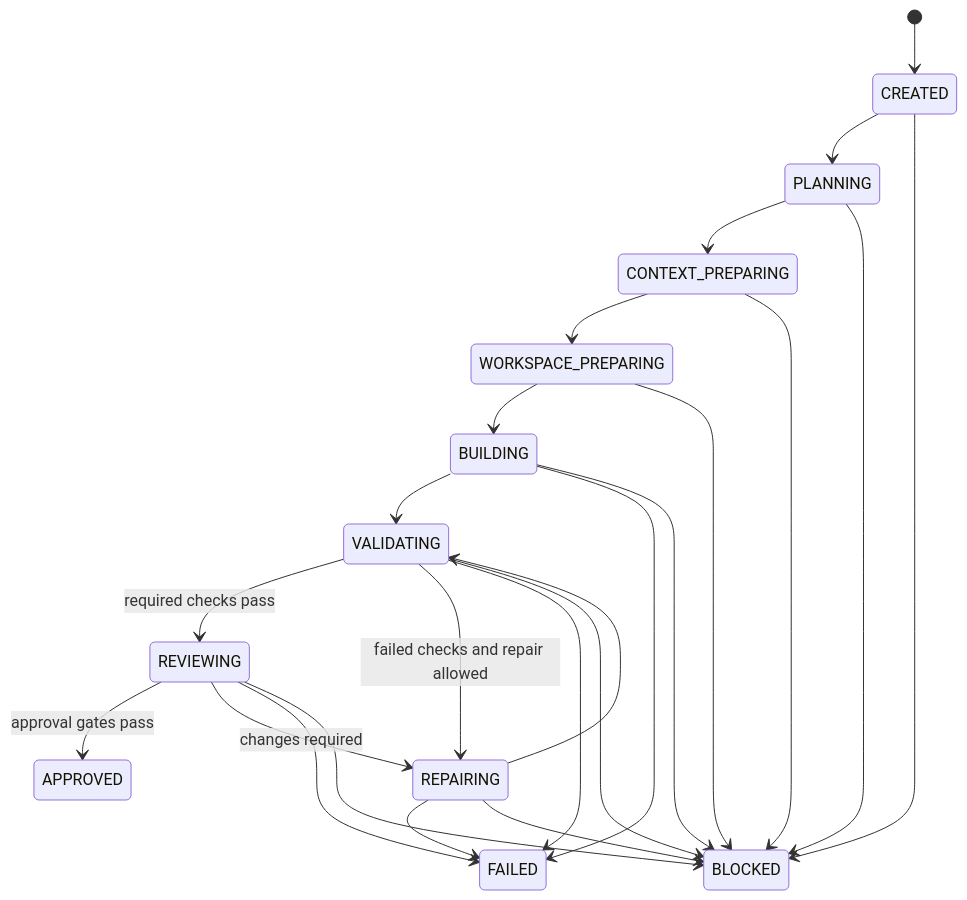
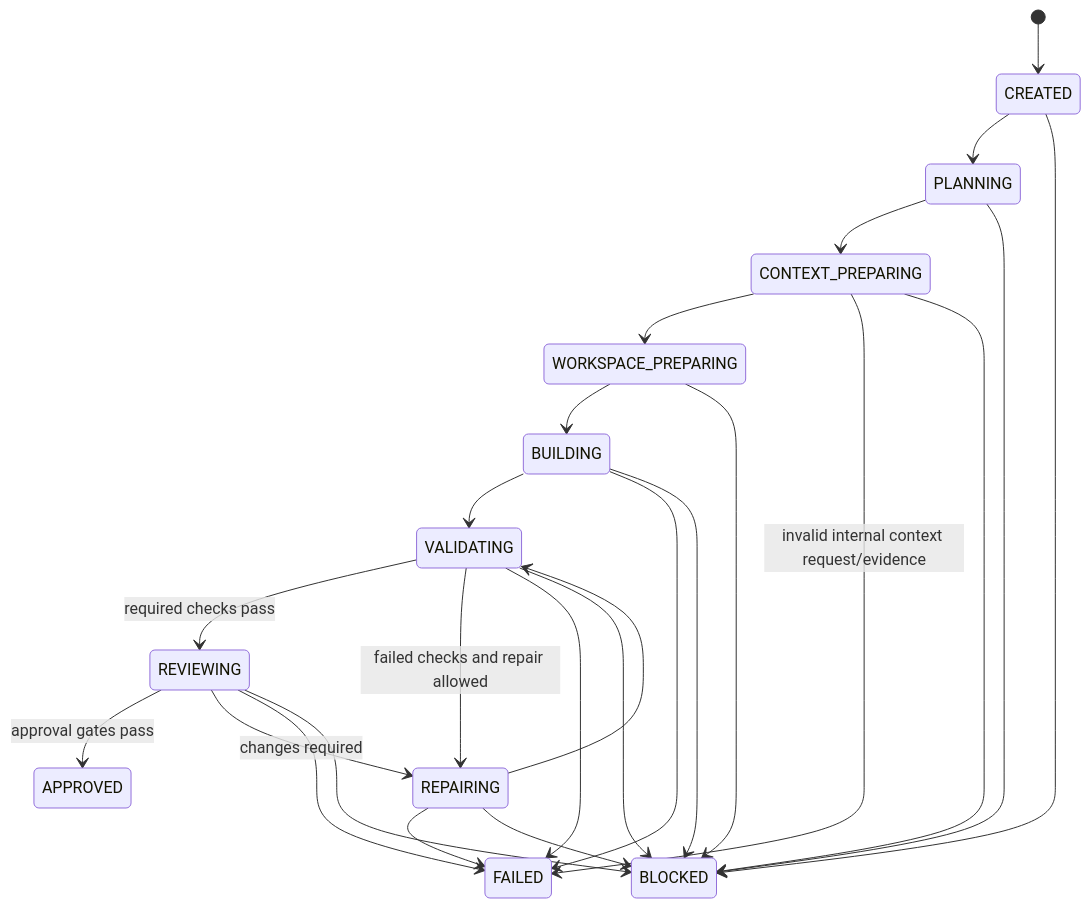
One commit to bsse23094/Revanent changed the diagram in docs/WORKFLOW_STATE_MACHINE.md. Above: the diagram before and after it, drawn with Mermaid. The commit also changed other lines of this file and 47 other files, not shown here.

````diff
--- a/docs/WORKFLOW_STATE_MACHINE.md
+++ b/docs/WORKFLOW_STATE_MACHINE.md
@@ -24,26 +24,27 @@
 ```mermaid
 stateDiagram-v2
     [*] --> CREATED
     CREATED --> PLANNING
     PLANNING --> CONTEXT_PREPARING
     CONTEXT_PREPARING --> WORKSPACE_PREPARING
+    CONTEXT_PREPARING --> FAILED: invalid internal context request/evidence
     WORKSPACE_PREPARING --> BUILDING
     BUILDING --> VALIDATING
     VALIDATING --> REVIEWING: required checks pass
     VALIDATING --> REPAIRING: failed checks and repair allowed
     REVIEWING --> APPROVED: approval gates pass
     REVIEWING --> REPAIRING: changes required
     REPAIRING --> VALIDATING
     BUILDING --> FAILED
     VALIDATING --> FAILED
     REVIEWING --> FAILED
     REPAIRING --> FAILED
     CREATED --> BLOCKED
     PLANNING --> BLOCKED
     CONTEXT_PREPARING --> BLOCKED
     WORKSPACE_PREPARING --> BLOCKED
     BUILDING --> BLOCKED
     VALIDATING --> BLOCKED
     REVIEWING --> BLOCKED
     REPAIRING --> BLOCKED
 ```
````
